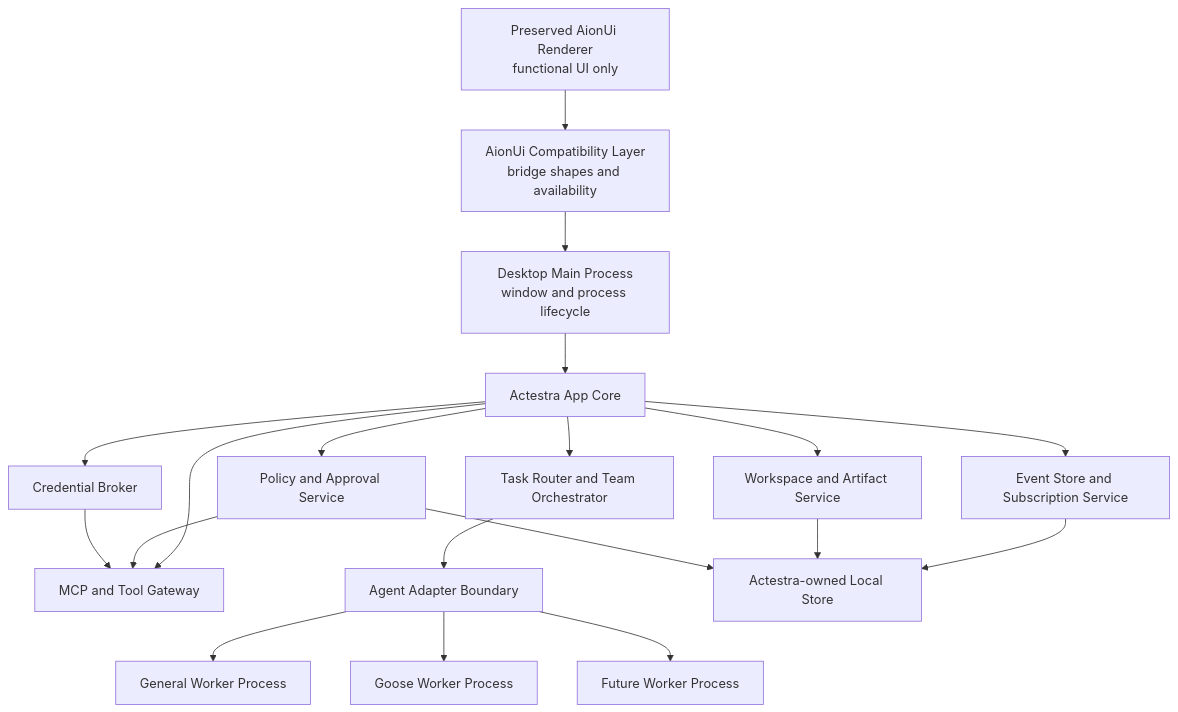
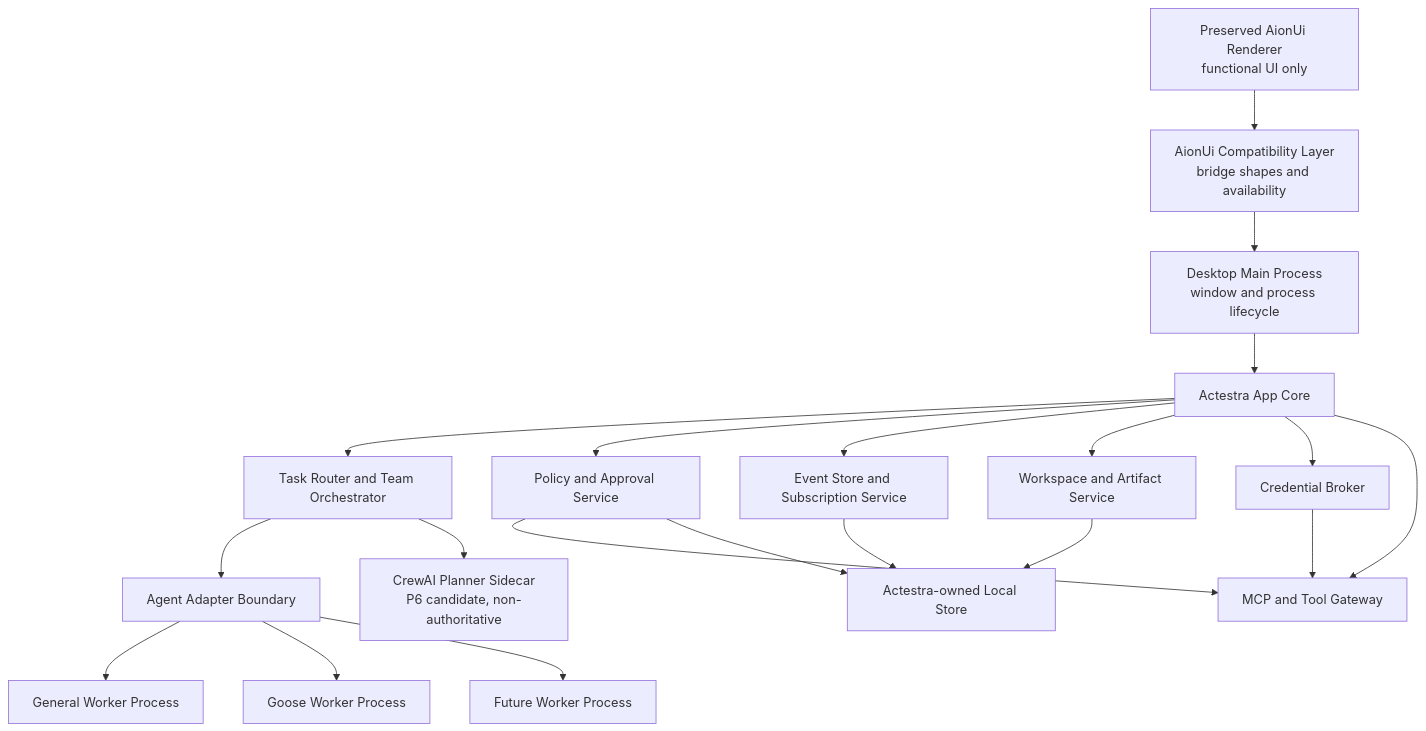
The diagram in docs/architecture/SYSTEM_OVERVIEW.md (Ablankpaper/actestra-desktop), drawn with Mermaid before and after one commit. The commit also changed other lines of this file and 12 other files, not shown here.

Commit message:
docs: define CrewAI P6 sidecar boundary (#9)

````diff
--- a/docs/architecture/SYSTEM_OVERVIEW.md
+++ b/docs/architecture/SYSTEM_OVERVIEW.md
@@ -15,37 +14,39 @@
 ```mermaid
 flowchart TD
     RENDERER["Preserved AionUi Renderer\nfunctional UI only"]
     COMPAT["AionUi Compatibility Layer\nbridge shapes and availability"]
     MAIN["Desktop Main Process\nwindow and process lifecycle"]
     CORE["Actestra App Core"]
     ROUTER["Task Router and Team Orchestrator"]
+    PLANNER["CrewAI Planner Sidecar\nP6 candidate, non-authoritative"]
     POLICY["Policy and Approval Service"]
     EVENTS["Event Store and Subscription Service"]
     ARTIFACTS["Workspace and Artifact Service"]
     CREDS["Credential Broker"]
     TOOLS["MCP and Tool Gateway"]
     ADAPTERS["Agent Adapter Boundary"]
     GENERAL["General Worker Process"]
     GOOSE["Goose Worker Process"]
     FUTURE["Future Worker Process"]
     STORE["Actestra-owned Local Store"]
 
     RENDERER --> COMPAT
     COMPAT --> MAIN
     MAIN --> CORE
     CORE --> ROUTER
     CORE --> POLICY
     CORE --> EVENTS
     CORE --> ARTIFACTS
     CORE --> CREDS
     CORE --> TOOLS
     ROUTER --> ADAPTERS
+    ROUTER --> PLANNER
     ADAPTERS --> GENERAL
     ADAPTERS --> GOOSE
     ADAPTERS --> FUTURE
     POLICY --> TOOLS
     CREDS --> TOOLS
     EVENTS --> STORE
     ARTIFACTS --> STORE
     POLICY --> STORE
 ```
````
